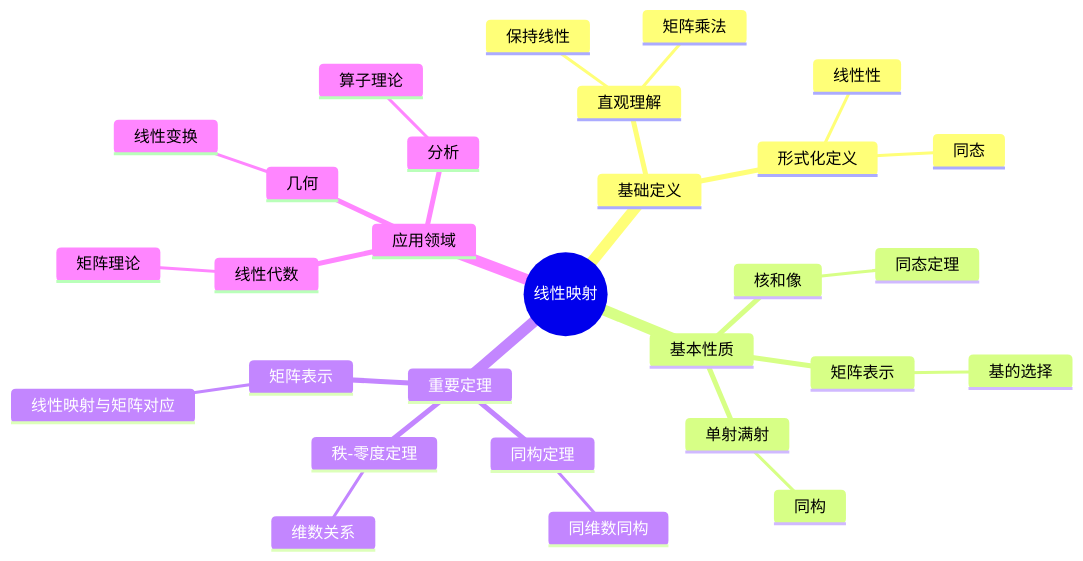
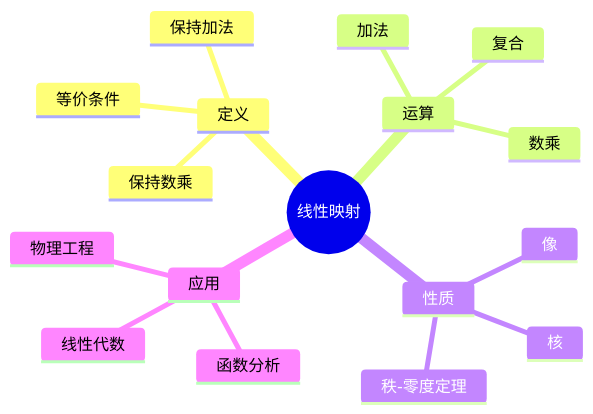
Before and after one commit to AdaMartin18010/FormalMath: the first of 10 diagrams in concept/核心概念/12-线性映射.md, drawn with Mermaid. The commit also changed other lines of this file and 4793 other files, not shown here.

````diff
--- a/concept/核心概念/12-线性映射.md
+++ b/concept/核心概念/12-线性映射.md
@@ -445,32 +1172,20 @@
 ```mermaid
 mindmap
   root((线性映射))
-    基础定义
-      直观理解
-        保持线性
-        矩阵乘法
-      形式化定义
-        线性性
-        同态
-    基本性质
-      核和像
-        同态定理
-      单射满射
-        同构
-      矩阵表示
-        基的选择
-    重要定理
+    定义
+      保持加法
+      保持数乘
+      等价条件
+    运算
+      复合
+      加法
+      数乘
+    性质
+      核
+      像
       秩-零度定理
-        维数关系
-      同构定理
-        同维数同构
-      矩阵表示
-        线性映射与矩阵对应
-    应用领域
+    应用
       线性代数
-        矩阵理论
-      几何
-        线性变换
-      分析
-        算子理论
+      函数分析
+      物理工程
 ```
````
